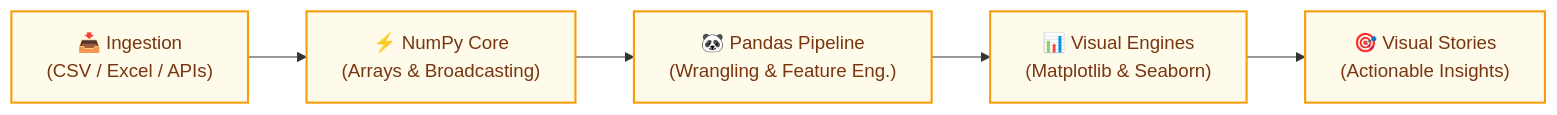
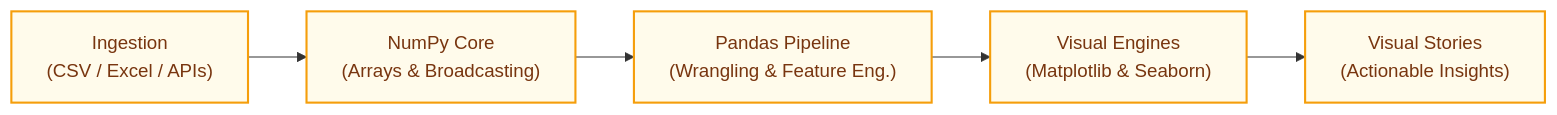
Before and after one commit to 24pwai0015-max/data-analytics: the diagram in README.md, drawn with Mermaid. The commit also changed other lines of this file, not shown here.

````diff
--- a/README.md
+++ b/README.md
@@ -44,10 +44,10 @@
 ```mermaid
 flowchart LR
-    A["📥 Ingestion<br/>(CSV / Excel / APIs)"] --> B["⚡ NumPy Core<br/>(Arrays & Broadcasting)"]
-    B --> C["🐼 Pandas Pipeline<br/>(Wrangling & Feature Eng.)"]
-    C --> D["📊 Visual Engines<br/>(Matplotlib & Seaborn)"]
-    D --> E["🎯 Visual Stories<br/>(Actionable Insights)"]
+    A["Ingestion<br/>(CSV / Excel / APIs)"] --> B["NumPy Core<br/>(Arrays & Broadcasting)"]
+    B --> C["Pandas Pipeline<br/>(Wrangling & Feature Eng.)"]
+    C --> D["Visual Engines<br/>(Matplotlib & Seaborn)"]
+    D --> E["Visual Stories<br/>(Actionable Insights)"]
 
     classDef amberStage fill:#FFFBEB,stroke:#F59E0B,stroke-width:1.8px,color:#78350F;
     class A,B,C,D,E amberStage;
 ```
````
